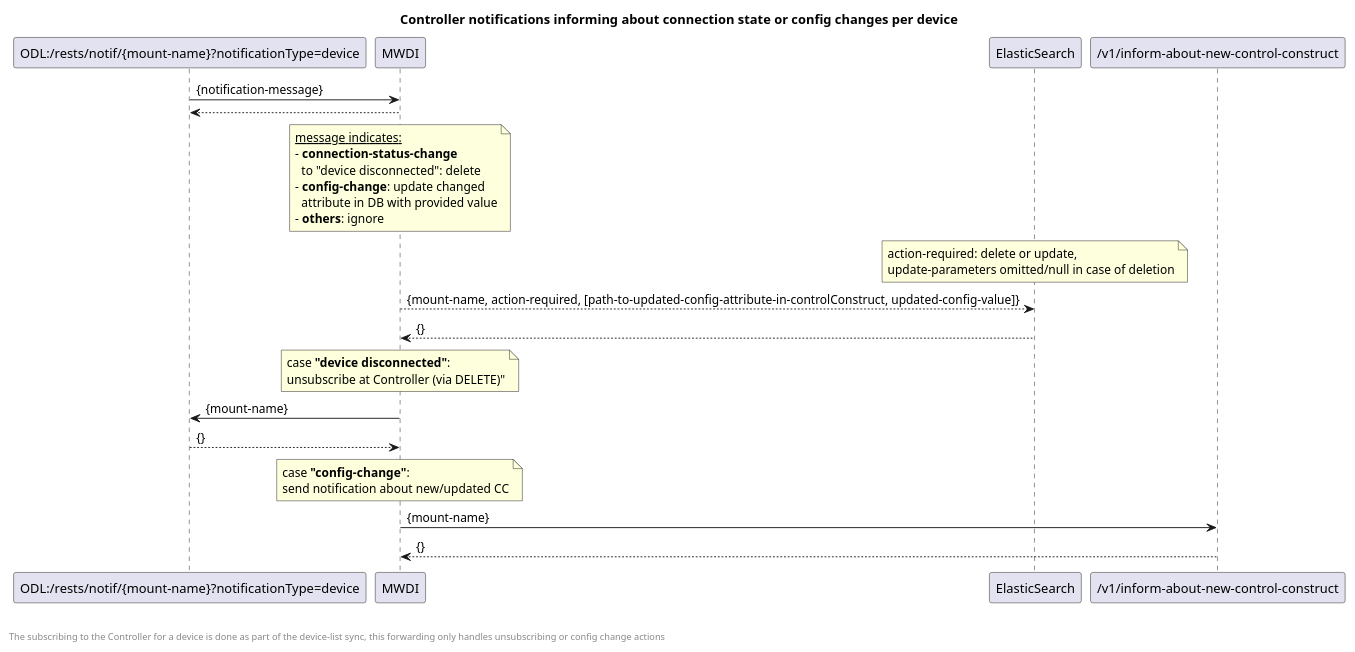
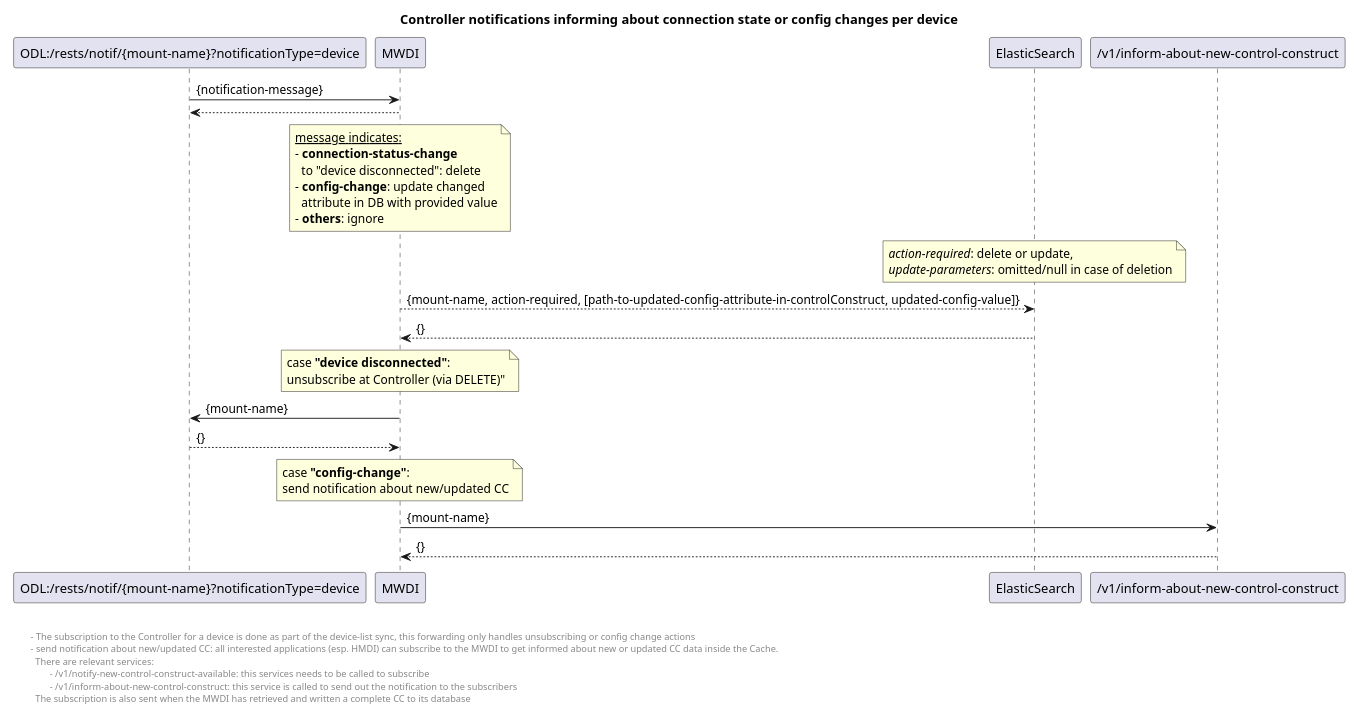
The diagram in spec/diagrams/01x_forwardingControllerNotification.plantuml (openBackhaul/MicroWaveDeviceInventory), drawn with PlantUML before and after one commit.

Commit message:
notification update

```diff
--- a/spec/diagrams/01x_forwardingControllerNotification.plantuml
+++ b/spec/diagrams/01x_forwardingControllerNotification.plantuml
@@ -1,36 +1,52 @@
 @startuml
 skinparam responseMessageBelowArrow true
 
 title Controller notifications informing about connection state or config changes per device
 
 'receive the notification
 "ODL:/rests/notif/{mount-name}?notificationType=device" -> "MWDI": {notification-message}
 "MWDI" --> "ODL:/rests/notif/{mount-name}?notificationType=device"
 
 note over "MWDI"
  <u>message indicates:</u>
  - <b>connection-status-change</b> 
    to "device disconnected": delete
  - <b>config-change</b>: update changed 
    attribute in DB with provided value
  - <b>others</b>: ignore
 end note
-note over "ElasticSearch": action-required: delete or update, \nupdate-parameters omitted/null in case of deletion
+note over "ElasticSearch": <i>action-required</i>: delete or update, \n<i>update-parameters</i>: omitted/null in case of deletion
 
 
 "MWDI" --> "ElasticSearch": {mount-name, action-required, [path-to-updated-config-attribute-in-controlConstruct, updated-config-value]}
 "ElasticSearch" --> "MWDI": {}
 
 note over "MWDI": case <b>"device disconnected"</b>: \nunsubscribe at Controller (via DELETE)"
 
 "MWDI" -> "ODL:/rests/notif/{mount-name}?notificationType=device": {mount-name}
 "ODL:/rests/notif/{mount-name}?notificationType=device" --> "MWDI": {}
 
 note over "MWDI": case <b>"config-change"</b>: \nsend notification about new/updated CC
 "MWDI" -> "/v1/inform-about-new-control-construct": {mount-name}
 "/v1/inform-about-new-control-construct" --> "MWDI": {}
 
-left footer \n\nThe subscribing to the Controller for a device is done as part of the device-list sync, this forwarding only handles unsubscribing or config change actions
+
+left footer 
 
 
+ \t - The subscription to the Controller for a device is done as part of the device-list sync, this forwarding only handles unsubscribing or config change actions
+ \t - send notification about new/updated CC: all interested applications (esp. HMDI) can subscribe to the MWDI to get informed about new or updated CC data inside the Cache.
+ \t   There are relevant services:
+ \t\t - /v1/notify-new-control-construct-available: this services needs to be called to subscribe
+ \t\t - /v1/inform-about-new-control-construct: this service is called to send out the notification to the subscribers
+ \t   The subscription is also sent when the MWDI has retrieved and written a complete CC to its database 
+end footer
+
+
+<style>
+footer {
+  HorizontalAlignment left
+}
+</style>
+
 @enduml
```
